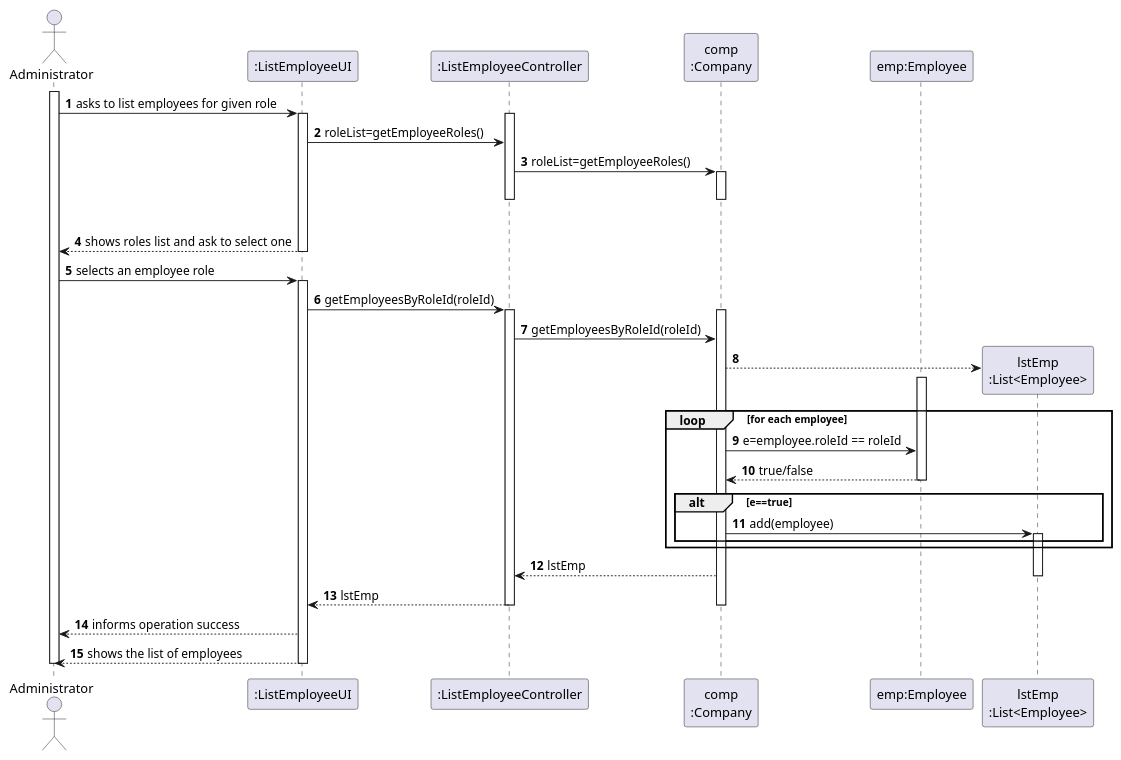
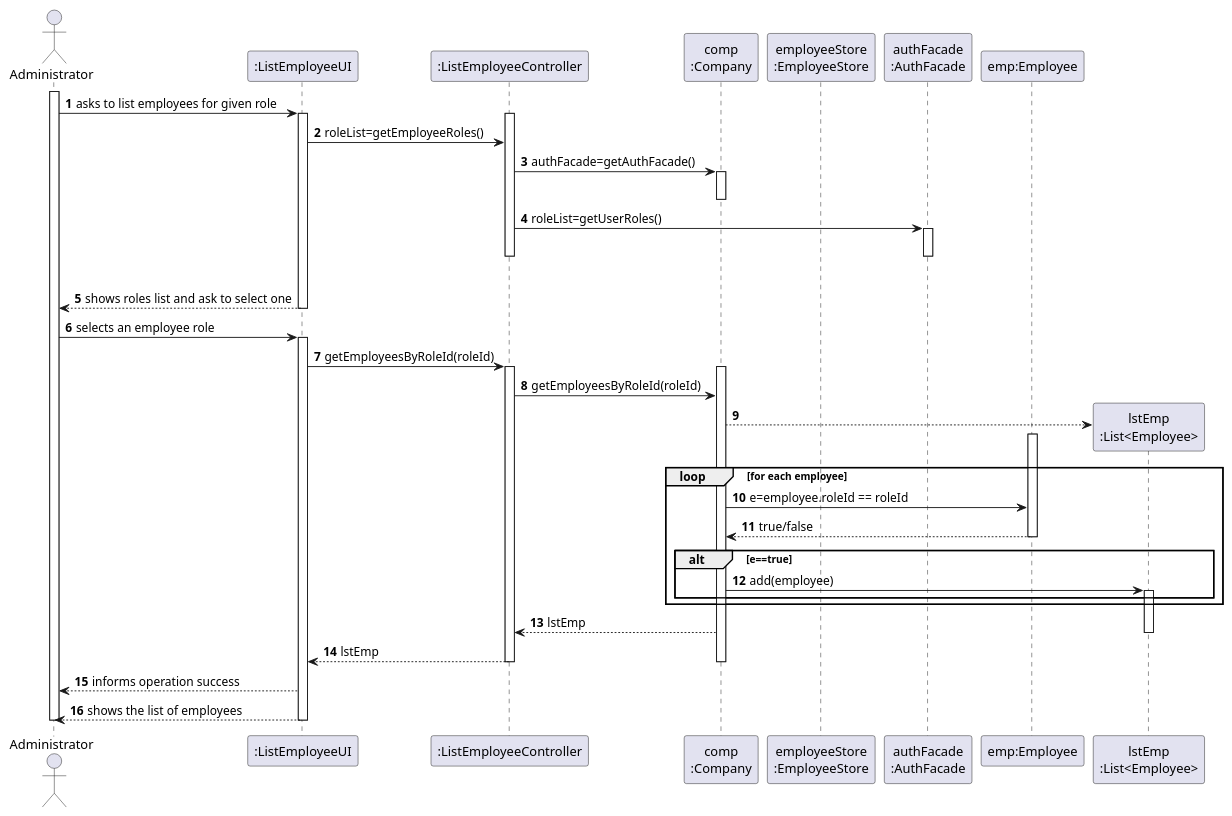
One commit to miseEnPlace-i/lapr2 changed the diagram in docs/SprintB/US11/SD/US11_SD.puml. Above: the diagram before and after it, drawn with PlantUML. The commit also changed 2 other files, not shown here.

Commit message:
docs(SD): added auth facade usage

```diff
--- a/docs/SprintB/US11/SD/US11_SD.puml
+++ b/docs/SprintB/US11/SD/US11_SD.puml
@@ -1,62 +1,67 @@
 @startuml
 autonumber
 'hide footbox
 actor "Administrator" as ADM
 
 participant ":ListEmployeeUI" as UI
 participant ":ListEmployeeController" as CTRL
 participant "comp\n:Company" as COMP
+participant "employeeStore\n:EmployeeStore" as EMPS
+participant "authFacade\n:AuthFacade" as AUTH
 participant "emp:Employee" as EMP
 
 activate ADM
 ADM -> UI : asks to list employees for given role
 activate UI
 activate CTRL
 UI -> CTRL : roleList=getEmployeeRoles()
+CTRL -> COMP : authFacade=getAuthFacade()
+activate COMP
+deactivate COMP
 
-CTRL -> COMP : roleList=getEmployeeRoles()
-activate COMP
+CTRL -> AUTH : roleList=getUserRoles()
+activate AUTH
 |||
-deactivate COMP
+deactivate AUTH
 deactivate CTRL
 
 UI --> ADM : shows roles list and ask to select one
 deactivate UI
 
 ADM -> UI : selects an employee role
 activate UI
 
 UI -> CTRL : getEmployeesByRoleId(roleId)
 activate CTRL
 
 activate COMP
 CTRL -> COMP: getEmployeesByRoleId(roleId)
 create "lstEmp\n:List<Employee>" as LST
 COMP --> LST
 
 loop for each employee
   activate EMP
     COMP -> EMP: e=employee.roleId == roleId
     EMP --> COMP: true/false
   deactivate EMP
     alt e==true
         COMP -> LST: add(employee)
       activate LST
     end
 end
 
 COMP --> CTRL: lstEmp
 deactivate LST
 CTRL --> UI: lstEmp
 
 deactivate COMP
 deactivate CTRL
 UI --> ADM : informs operation success
 UI --> ADM: shows the list of employees
 deactivate UI
 
 deactivate UI
 deactivate CTRL
 deactivate ADM
 
 @enduml
```
